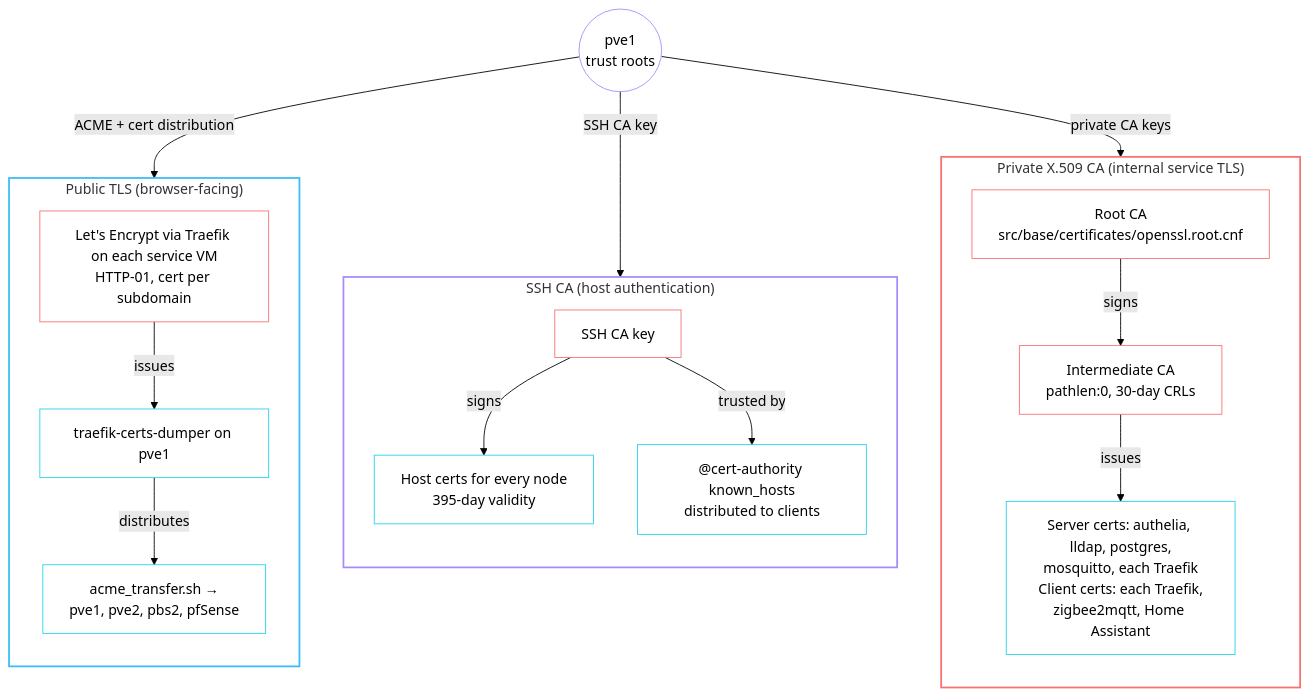
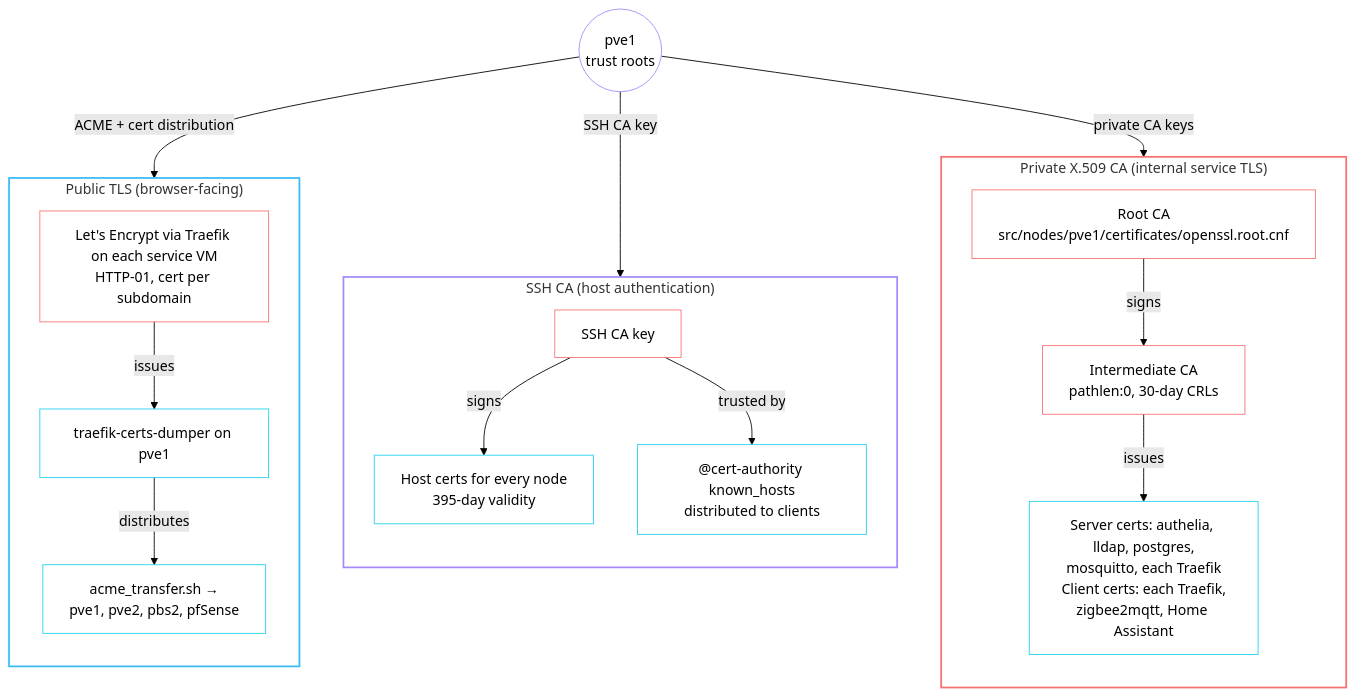
One commit to babraham123/homelab changed the second of 2 diagrams in rendered/docs/security.md. Above: the diagram before and after it, drawn with Mermaid (forest theme). The commit also changed 87 other files, not shown here.

````diff
--- a/rendered/docs/security.md
+++ b/rendered/docs/security.md
@@ -113,43 +113,43 @@
 ```mermaid
 flowchart TB
     pve1(("pve1<br/>trust roots"))
 
     subgraph x509["Private X.509 CA (internal service TLS)"]
         direction TB
-        root["Root CA<br/>src/base/certificates/openssl.root.cnf"]
+        root["Root CA<br/>src/nodes/pve1/certificates/openssl.root.cnf"]
         inter["Intermediate CA<br/>pathlen:0, 30-day CRLs"]
         svc["Server certs: authelia, lldap, postgres,<br/>mosquitto, each Traefik<br/>Client certs: each Traefik,<br/>zigbee2mqtt, Home Assistant"]
         root -- "signs" --> inter -- "issues" --> svc
     end
 
     subgraph ssh["SSH CA (host authentication)"]
         direction TB
         sshca["SSH CA key"]
         hosts["Host certs for every node<br/>395-day validity"]
         known["@cert-authority known_hosts<br/>distributed to clients"]
         sshca -- "signs" --> hosts
         sshca -- "trusted by" --> known
     end
 
     subgraph public["Public TLS (browser-facing)"]
         direction TB
         le["Let's Encrypt via Traefik on each service VM<br/>HTTP-01, cert per subdomain"]
         dumper["traefik-certs-dumper on pve1"]
         xfer["acme_transfer.sh →<br/>pve1, pve2, pbs2, pfSense"]
         le -- "issues" --> dumper -- "distributes" --> xfer
     end
 
     pve1 -- "private CA keys" --> root
     pve1 -- "SSH CA key" --> sshca
     pve1 -- "ACME + cert distribution" --> le
 
     style x509 stroke:#f87171,stroke-width:2px,fill:transparent
     style ssh stroke:#a78bfa,stroke-width:2px,fill:transparent
     style public stroke:#38bdf8,stroke-width:2px,fill:transparent
     classDef ca stroke:#f87171,fill:transparent
     classDef dist stroke:#22d3ee,fill:transparent
     class root,inter,sshca,le ca
     class svc,hosts,known,dumper,xfer dist
     class pve1 host
     classDef host stroke:#a78bfa,fill:transparent
 ```
````
